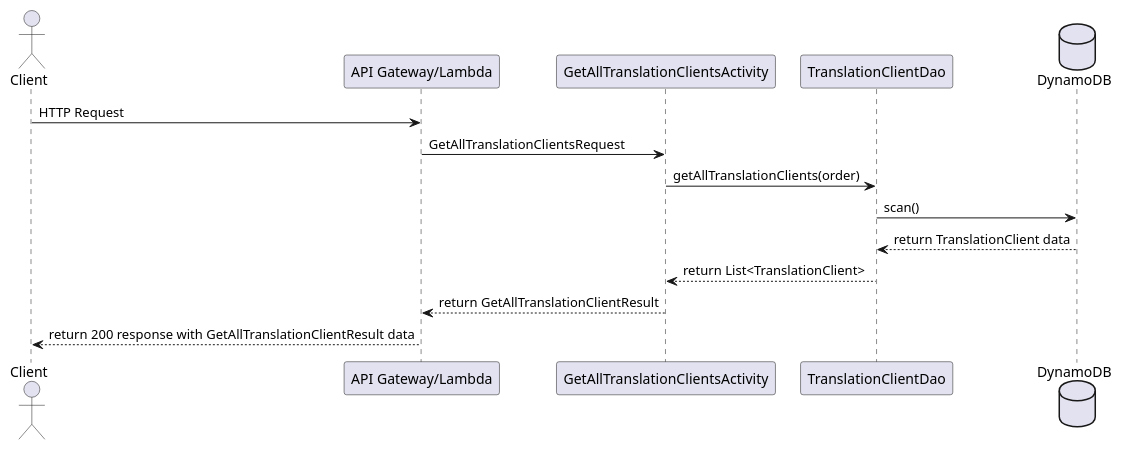
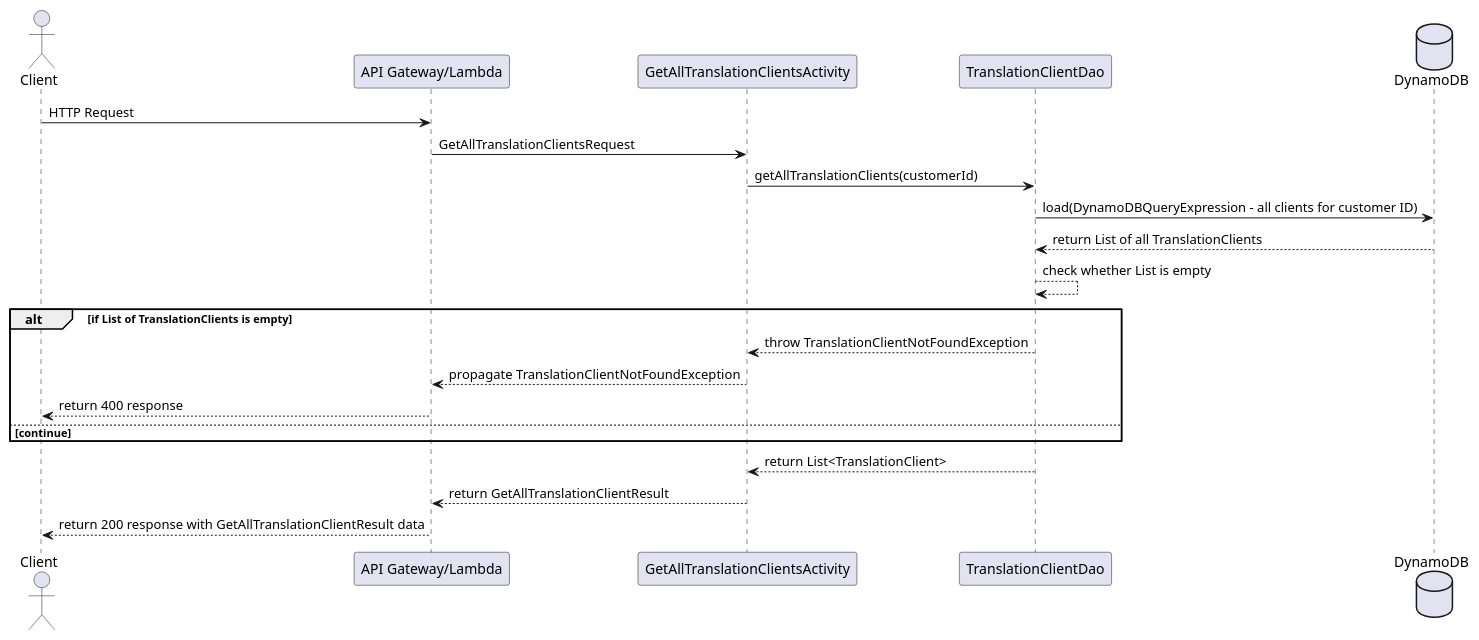
One commit to usedtothink/translation-tracker changed the diagram in resources/GetAllTranslationClients-Sequence.puml. Above: the diagram before and after it, drawn with PlantUML. The commit also changed 30 other files, not shown here.

```diff
--- a/resources/GetAllTranslationClients-Sequence.puml
+++ b/resources/GetAllTranslationClients-Sequence.puml
@@ -1,20 +1,28 @@
 @startuml
 
 actor Client
 participant "API Gateway/Lambda"
 participant GetAllTranslationClientsActivity
 participant TranslationClientDao
 database    DynamoDB
 
 Client -> "API Gateway/Lambda" : HTTP Request
 "API Gateway/Lambda" -> GetAllTranslationClientsActivity : GetAllTranslationClientsRequest
-GetAllTranslationClientsActivity -> TranslationClientDao : getAllTranslationClients(order)
-TranslationClientDao -> DynamoDB : scan()
+GetAllTranslationClientsActivity -> TranslationClientDao : getAllTranslationClients(customerId)
+TranslationClientDao -> DynamoDB : load(DynamoDBQueryExpression - all clients for customer ID)
+DynamoDB --> TranslationClientDao : return List of all TranslationClients
+TranslationClientDao --> TranslationClientDao : check whether List is empty
+
+alt if List of TranslationClients is empty
+    TranslationClientDao --> GetAllTranslationClientsActivity: throw TranslationClientNotFoundException
+    GetAllTranslationClientsActivity --> "API Gateway/Lambda": propagate TranslationClientNotFoundException
+    "API Gateway/Lambda" --> Client : return 400 response
+else continue
+end
 
 
-DynamoDB --> TranslationClientDao : return TranslationClient data
 TranslationClientDao --> GetAllTranslationClientsActivity : return List<TranslationClient>
 GetAllTranslationClientsActivity --> "API Gateway/Lambda" : return GetAllTranslationClientResult
 "API Gateway/Lambda" --> Client : return 200 response with GetAllTranslationClientResult data
 
 @enduml
```
